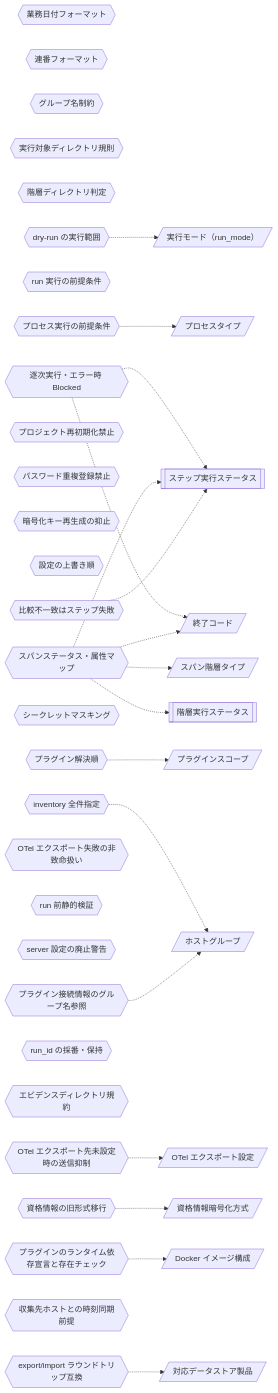
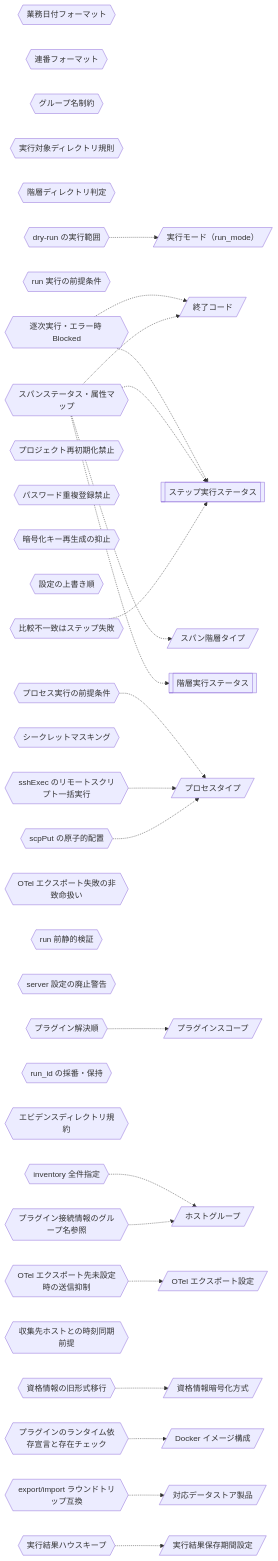
The diagram in docs/rdra/latest/views/07_条件・バリエーション.md (scenario-test-framework/stfw), drawn with Mermaid before and after one commit. The commit also changed other lines of this file and 24 other files, not shown here.

````diff
--- a/docs/rdra/latest/views/07_条件・バリエーション.md
+++ b/docs/rdra/latest/views/07_条件・バリエーション.md
@@ -9,60 +9,67 @@
 ```mermaid
 graph LR
   CD1{{"業務日付フォーマット"}}
   CD2{{"連番フォーマット"}}
   CD3{{"グループ名制約"}}
   CD4{{"実行対象ディレクトリ規則"}}
   CD5{{"階層ディレクトリ判定"}}
   CD6{{"逐次実行・エラー時 Blocked"}}
   SM1[["ステップ実行ステータス"]]
   VR1[/"終了コード"/]
   CD7{{"run 実行の前提条件"}}
   CD8{{"dry-run の実行範囲"}}
   VR2[/"実行モード（run_mode）"/]
   CD9{{"プロセス実行の前提条件"}}
   VR3[/"プロセスタイプ"/]
   CD10{{"プロジェクト再初期化禁止"}}
   CD11{{"パスワード重複登録禁止"}}
   CD12{{"暗号化キー再生成の抑止"}}
   CD13{{"設定の上書き順"}}
   CD14{{"プラグイン解決順"}}
   VR4[/"プラグインスコープ"/]
   CD15{{"inventory 全件指定"}}
   VR5[/"ホストグループ"/]
   CD16{{"シークレットマスキング"}}
   CD17{{"スパンステータス・属性マップ"}}
   SM2[["階層実行ステータス"]]
   VR6[/"スパン階層タイプ"/]
   CD18{{"OTel エクスポート先未設定時の送信抑制"}}
   VR7[/"OTel エクスポート設定"/]
   CD19{{"OTel エクスポート失敗の非致命扱い"}}
   CD20{{"run 前静的検証"}}
   CD21{{"server 設定の廃止警告"}}
   CD22{{"資格情報の旧形式移行"}}
   VR8[/"資格情報暗号化方式"/]
   CD23{{"run_id の採番・保持"}}
   CD24{{"エビデンスディレクトリ規約"}}
   CD25{{"プラグイン接続情報のグループ名参照"}}
   CD26{{"プラグインのランタイム依存宣言と存在チェック"}}
   VR9[/"Docker イメージ構成"/]
   CD27{{"export/import ラウンドトリップ互換"}}
   VR10[/"対応データストア製品"/]
   CD28{{"収集先ホストとの時刻同期前提"}}
   CD29{{"比較不一致はステップ失敗"}}
+  CD30{{"sshExec のリモートスクリプト一括実行"}}
+  CD31{{"scpPut の原子的配置"}}
+  CD32{{"実行結果ハウスキープ"}}
+  VR11[/"実行結果保存期間設定"/]
   CD6 -.-> SM1
   CD6 -.-> VR1
   CD8 -.-> VR2
   CD9 -.-> VR3
   CD14 -.-> VR4
   CD15 -.-> VR5
   CD17 -.-> SM2
   CD17 -.-> SM1
   CD17 -.-> VR6
   CD17 -.-> VR1
   CD18 -.-> VR7
   CD22 -.-> VR8
   CD25 -.-> VR5
   CD26 -.-> VR9
   CD27 -.-> VR10
   CD29 -.-> SM1
+  CD30 -.-> VR3
+  CD31 -.-> VR3
+  CD32 -.-> VR11
 ```
````
